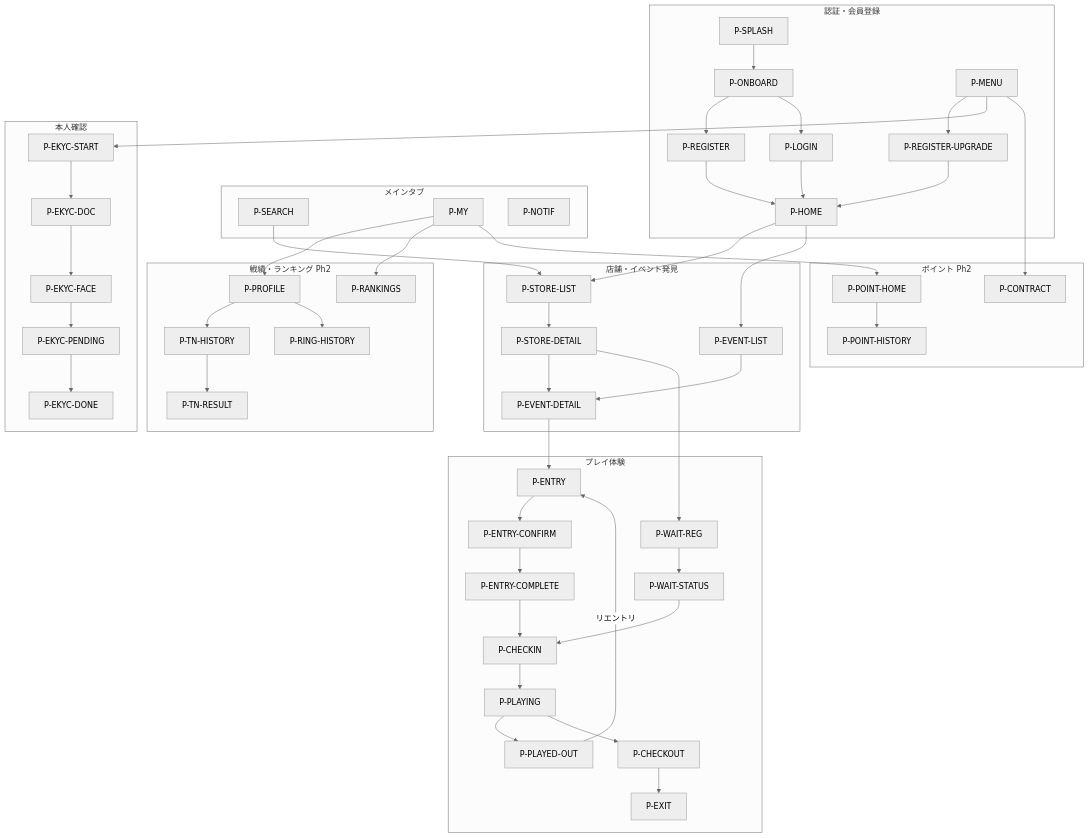
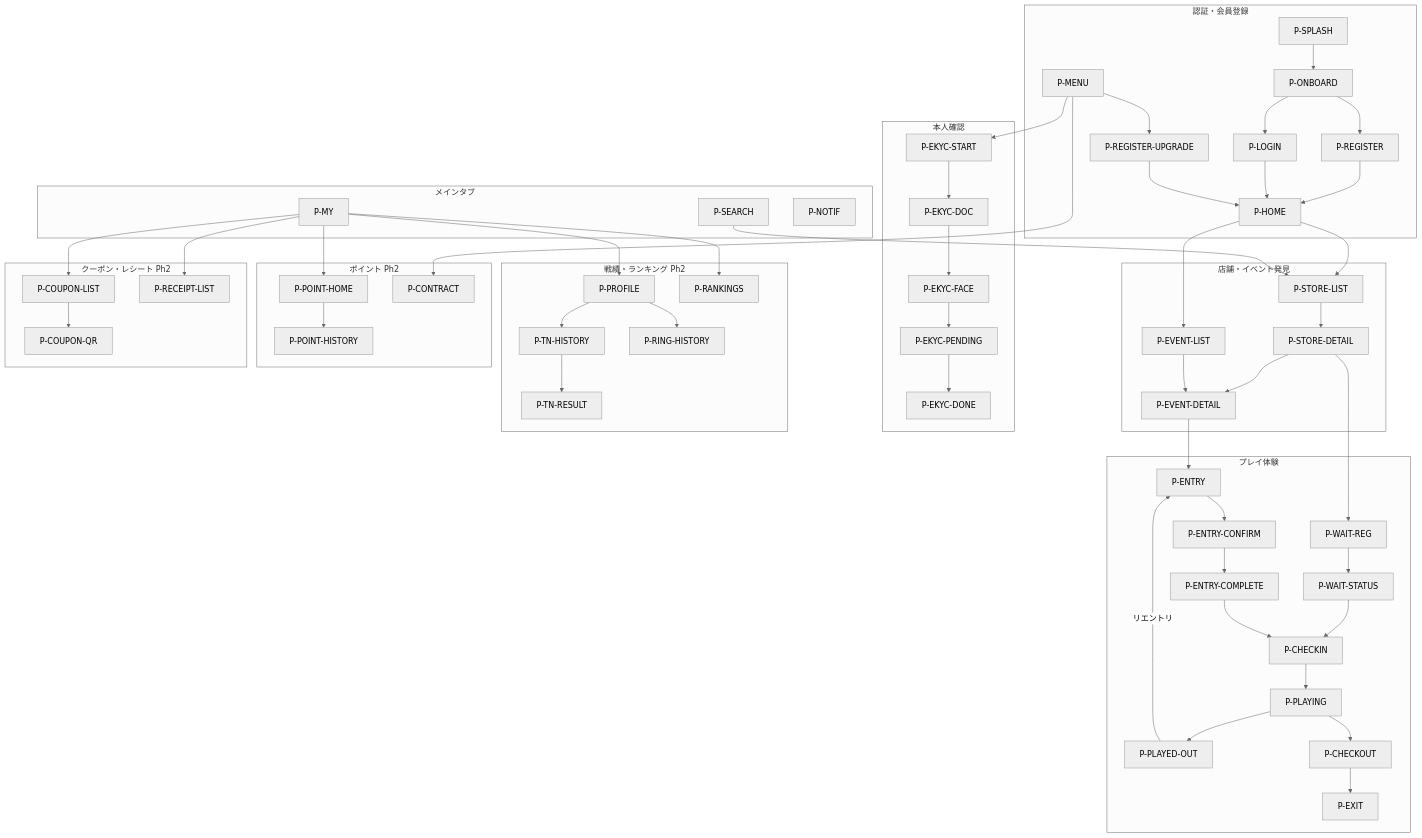
The diagram in docs/pgos/ux/player-app.md (munewwo/globalpoint), drawn with Mermaid (neutral theme) before and after one commit. The commit also changed other lines of this file and 16 other files, not shown here.

````diff
--- a/docs/pgos/ux/player-app.md
+++ b/docs/pgos/ux/player-app.md
@@ -37,66 +37,72 @@
 ```mermaid
 flowchart TD
     subgraph Auth [認証・会員登録]
         Splash[P-SPLASH] --> Onboard[P-ONBOARD]
         Onboard --> Register[P-REGISTER]
         Onboard --> Login[P-LOGIN]
         Register --> Home
         Login --> Home
         Menu --> Upgrade[P-REGISTER-UPGRADE]
         Upgrade --> Home
     end
 
     subgraph MainTabs [メインタブ]
         Home[P-HOME]
         Search[P-SEARCH]
         My[P-MY]
         Notif[P-NOTIF]
         Menu[P-MENU]
     end
 
     subgraph Discovery [店舗・イベント発見]
         Home --> StoreList[P-STORE-LIST]
         Search --> StoreList
         StoreList --> StoreDetail[P-STORE-DETAIL]
         StoreDetail --> EventDetail[P-EVENT-DETAIL]
         Home --> EventList[P-EVENT-LIST]
         EventList --> EventDetail
     end
 
     subgraph Play [プレイ体験]
         StoreDetail --> WaitReg[P-WAIT-REG]
         WaitReg --> WaitStatus[P-WAIT-STATUS]
         WaitStatus --> CheckIn[P-CHECKIN]
         EventDetail --> EntryReg[P-ENTRY]
         EntryReg --> EntryConfirm[P-ENTRY-CONFIRM]
         EntryConfirm --> EntryComplete[P-ENTRY-COMPLETE]
         EntryComplete --> CheckIn
         CheckIn --> Playing[P-PLAYING]
         Playing --> PlayedOut[P-PLAYED-OUT]
         PlayedOut -->|リエントリ| EntryReg
         Playing --> CheckOut[P-CHECKOUT]
         CheckOut --> Exit[P-EXIT]
     end
 
     subgraph Identity [本人確認]
         Menu --> EkycStart[P-EKYC-START]
         EkycStart --> EkycDoc[P-EKYC-DOC]
         EkycDoc --> EkycFace[P-EKYC-FACE]
         EkycFace --> EkycPending[P-EKYC-PENDING]
         EkycPending --> EkycDone[P-EKYC-DONE]
     end
 
     subgraph Ph2_Stats [戦績・ランキング Ph2]
         My --> Profile[P-PROFILE]
         Profile --> TnHistory[P-TN-HISTORY]
         Profile --> RingHistory[P-RING-HISTORY]
         TnHistory --> TnResult[P-TN-RESULT]
         My --> Rankings[P-RANKINGS]
     end
 
     subgraph Ph2_Points [ポイント Ph2]
         My --> PointHome[P-POINT-HOME]
         PointHome --> PointHistory[P-POINT-HISTORY]
         Menu --> Contract[P-CONTRACT]
     end
+
+    subgraph Ph2_Coupon [クーポン・レシート Ph2]
+        My --> CouponList[P-COUPON-LIST]
+        CouponList --> CouponQR[P-COUPON-QR]
+        My --> ReceiptList[P-RECEIPT-LIST]
+    end
 ```
````
